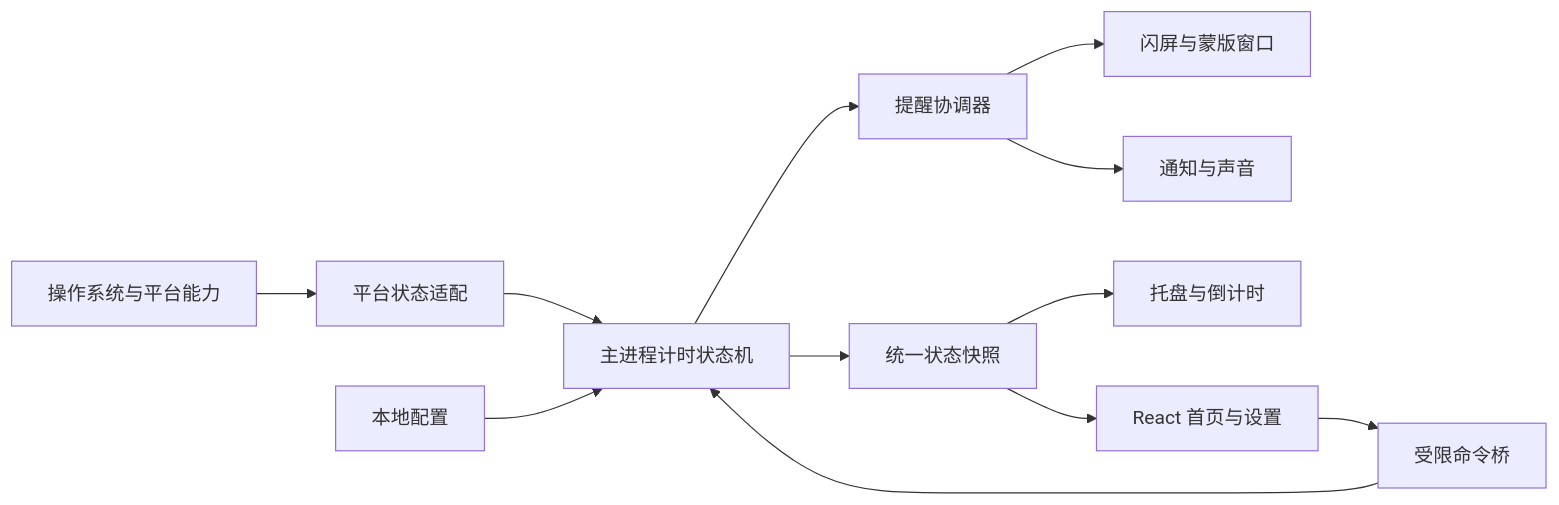
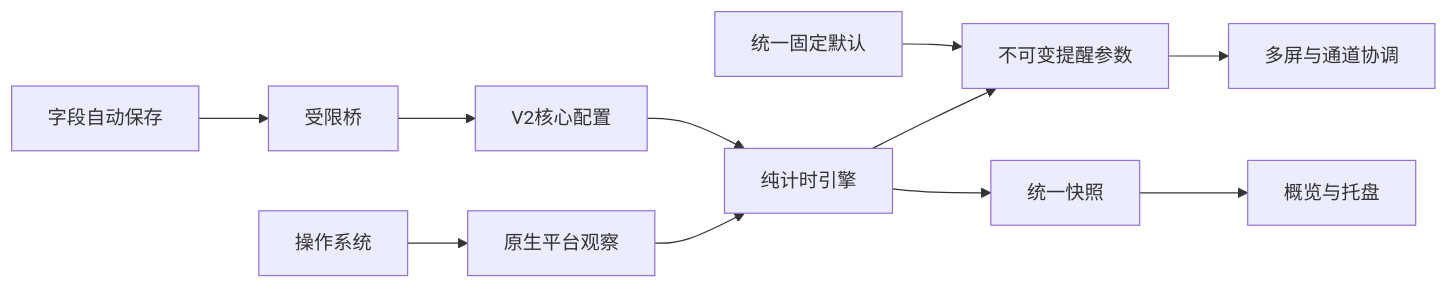
Before and after one commit to ShenZiLi/EyeCare: the first of 2 diagrams in .trellis/tasks/10-10-eyecare-product-design/design.md, drawn with Mermaid. The commit also changed other lines of this file and 50 other files, not shown here.

````diff
--- a/.trellis/tasks/10-10-eyecare-product-design/design.md
+++ b/.trellis/tasks/10-10-eyecare-product-design/design.md
@@ -15,14 +9,13 @@
 ```mermaid
 flowchart LR
-    OS[操作系统与平台能力] --> Adapter[平台状态适配]
-    Adapter --> Engine[主进程计时状态机]
-    Settings[本地配置] --> Engine
-    Engine --> Coordinator[提醒协调器]
-    Coordinator --> Visual[闪屏与蒙版窗口]
-    Coordinator --> Notice[通知与声音]
-    Engine --> Snapshot[统一状态快照]
-    Snapshot --> Tray[托盘与倒计时]
-    Snapshot --> UI[React 首页与设置]
-    UI --> Bridge[受限命令桥]
-    Bridge --> Engine
+    OS[操作系统] --> Adapter[原生平台观察]
+    Adapter --> Engine[纯计时引擎]
+    Store[V2核心配置] --> Engine
+    Engine --> Event[不可变提醒参数]
+    Defaults[统一固定默认] --> Event
+    Event --> Coordinator[多屏与通道协调]
+    Engine --> Snapshot[统一快照]
+    Snapshot --> UI[概览与托盘]
+    Editor[字段自动保存] --> Bridge[受限桥]
+    Bridge --> Store
 ```
````
